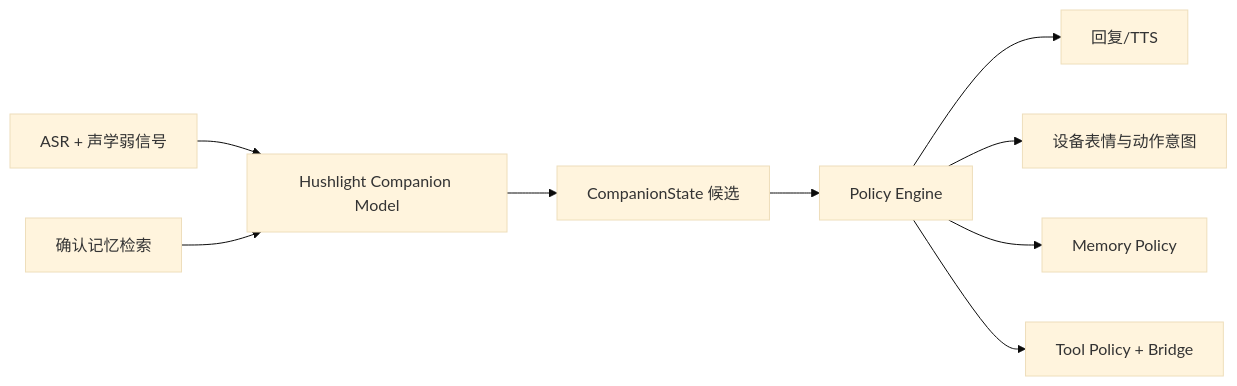
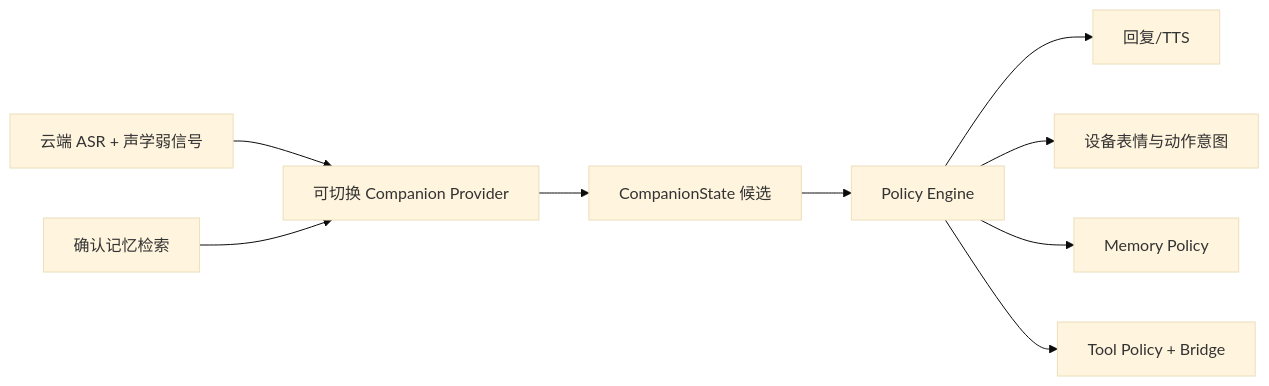
The third of 4 diagrams in docs/03_architecture.md (cafelemon/hushlight), drawn with Mermaid (base theme) before and after one commit. The commit also changed other lines of this file and 7 other files, not shown here.

````diff
--- a/docs/03_architecture.md
+++ b/docs/03_architecture.md
@@ -96,11 +96,11 @@
 ```mermaid
 flowchart LR
-    A[ASR + 声学弱信号] --> C[Hushlight Companion Model]
+    A[云端 ASR + 声学弱信号] --> C[可切换 Companion Provider]
     M[确认记忆检索] --> C
     C --> S[CompanionState 候选]
     S --> P[Policy Engine]
     P --> R[回复/TTS]
     P --> D[设备表情与动作意图]
     P --> W[Memory Policy]
     P --> B[Tool Policy + Bridge]
 ```
````
